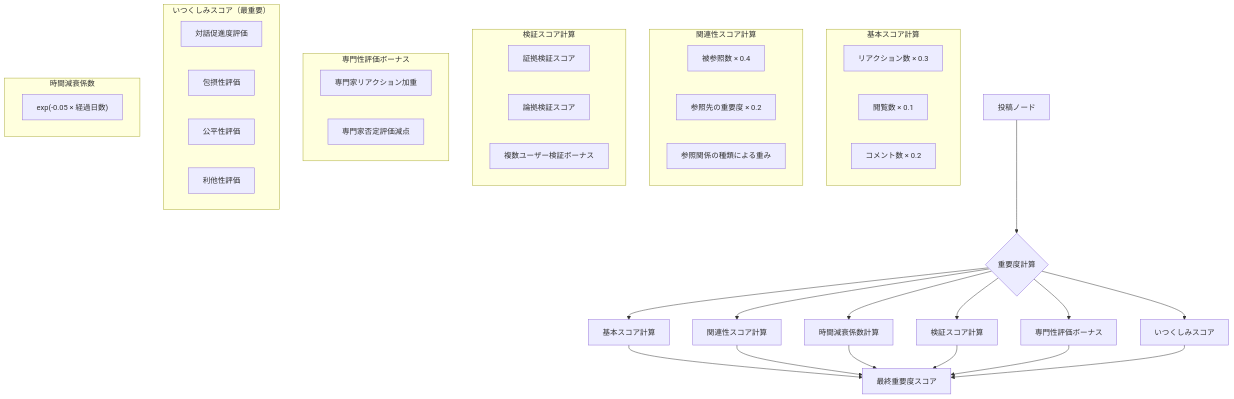
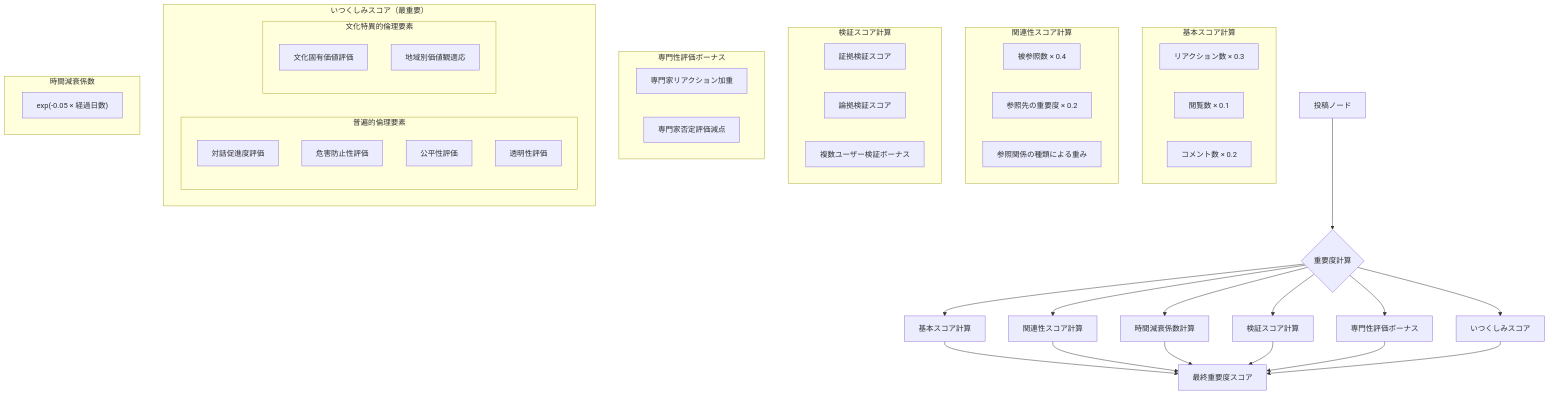
Before and after one commit to sika7/kagami: the sixth of 9 diagrams in specs/architecture.md, drawn with Mermaid. The commit also changed other lines of this file, not shown here.

````diff
--- a/specs/architecture.md
+++ b/specs/architecture.md
@@ -441,50 +441,56 @@
 ```mermaid
 flowchart TD
     A[投稿ノード] --> B{重要度計算}
     B --> C[基本スコア計算]
     B --> D[関連性スコア計算]
     B --> E[時間減衰係数計算]
     B --> V[検証スコア計算]
     B --> X[専門性評価ボーナス]
     B --> Y[いつくしみスコア]
     C --> F[最終重要度スコア]
     D --> F
     E --> F
     V --> F
     X --> F
     Y --> F
     
     subgraph basic["基本スコア計算"]
         C1["リアクション数 × 0.3"]
         C2["閲覧数 × 0.1"]
         C3["コメント数 × 0.2"]
     end
     
     subgraph relation["関連性スコア計算"]
         D1["被参照数 × 0.4"]
         D2["参照先の重要度 × 0.2"]
         D3["参照関係の種類による重み"]
     end
     
     subgraph verification["検証スコア計算"]
         V1["証拠検証スコア"]
         V2["論拠検証スコア"]
         V3["複数ユーザー検証ボーナス"]
     end
     
     subgraph expertise["専門性評価ボーナス"]
         X1["専門家リアクション加重"]
         X2["専門家否定評価減点"]
     end
     
     subgraph ethics["いつくしみスコア（最重要）"]
-        Y1["対話促進度評価"]
-        Y2["包摂性評価"]
-        Y3["公平性評価"]
-        Y4["利他性評価"]
+        subgraph universal["普遍的倫理要素"]
+            Y1["対話促進度評価"]
+            Y2["危害防止性評価"]
+            Y3["公平性評価"]
+            Y4["透明性評価"]
+        end
+        subgraph cultural["文化特異的倫理要素"]
+            Y5["文化固有価値評価"]
+            Y6["地域別価値観適応"]
+        end
     end
     
     subgraph time["時間減衰係数"]
         E1["exp(-0.05 × 経過日数)"]
     end
 ```
````
